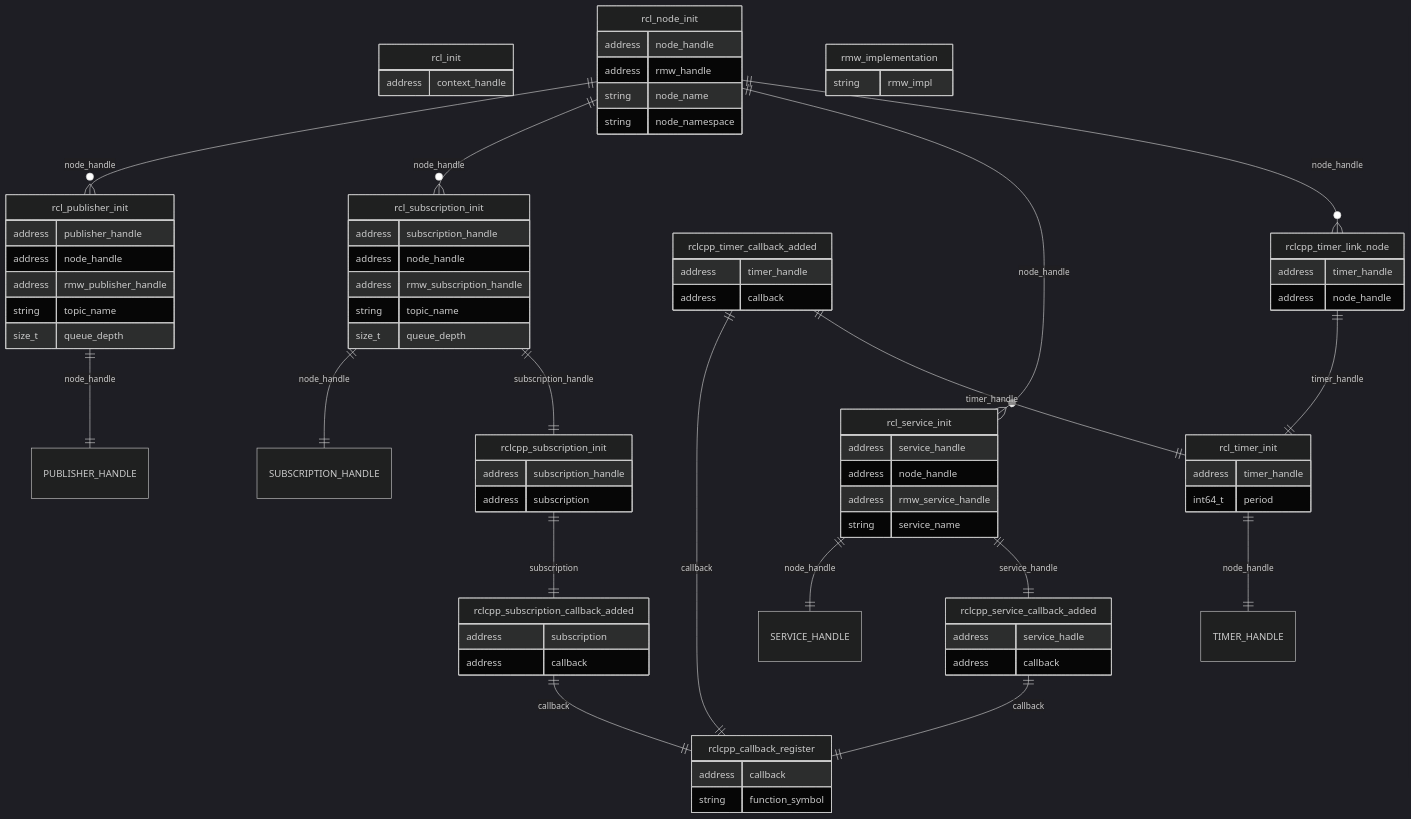
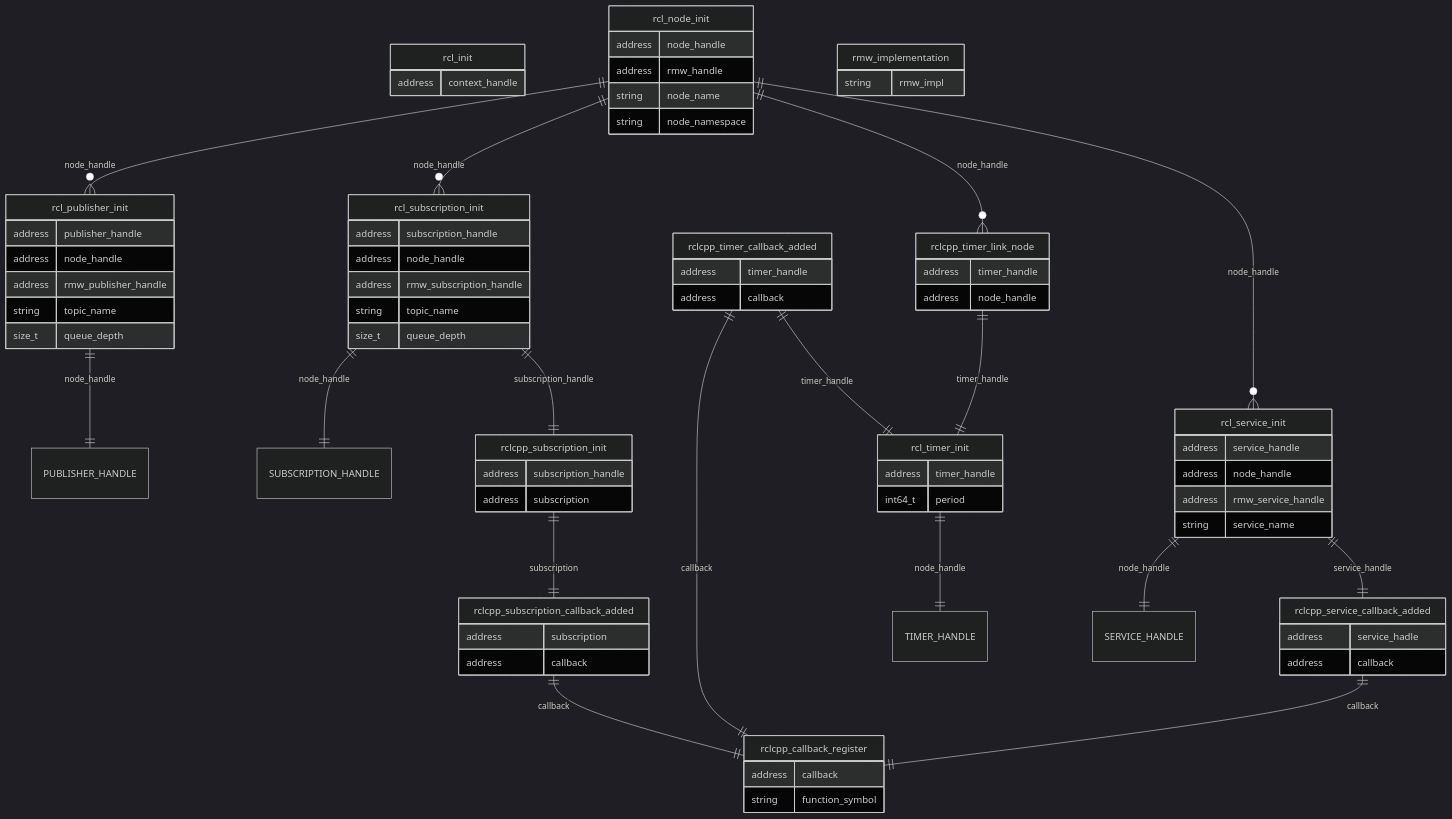
Before and after one commit to tier4/caret_doc: the first of 2 diagrams in docs/design/trace_points/initialization_trace_points.md, drawn with Mermaid (dark theme). The commit also changed other lines of this file, not shown here.

```diff
--- a/docs/design/trace_points/initialization_trace_points.md
+++ b/docs/design/trace_points/initialization_trace_points.md
@@ -82,8 +82,8 @@
 
     rcl_node_init ||--o{ rcl_publisher_init : node_handle
     rcl_node_init ||--o{ rcl_subscription_init : node_handle
+    rcl_node_init ||--o{ rclcpp_timer_link_node : node_handle
     rcl_node_init ||--o{ rcl_service_init : node_handle
-    rcl_node_init ||--o{ rclcpp_timer_link_node : node_handle
 
     rcl_publisher_init ||--|| PUBLISHER_HANDLE : node_handle
     rcl_subscription_init ||--|| SUBSCRIPTION_HANDLE : node_handle
```
